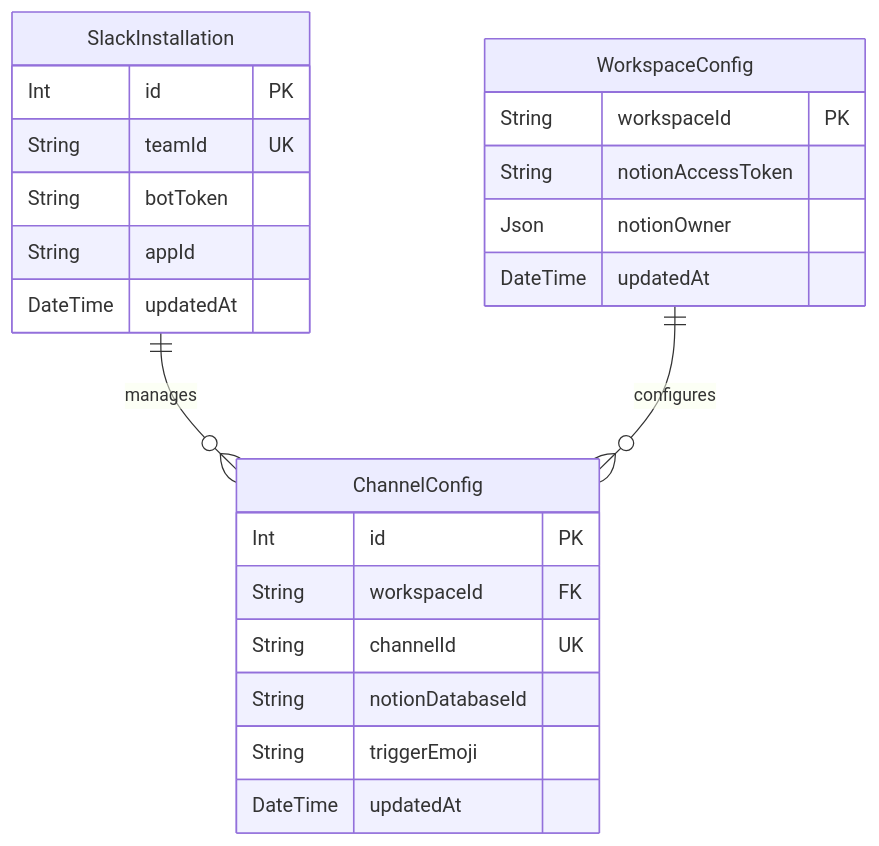
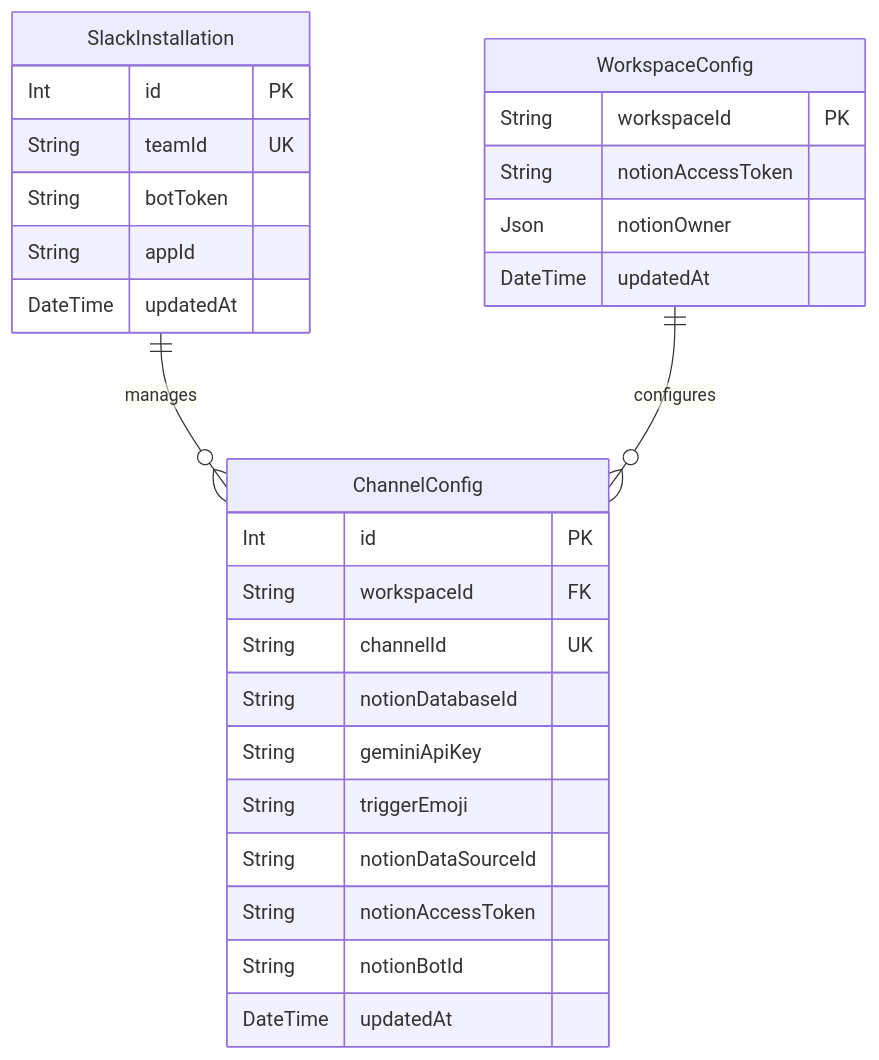
The fourth of 4 diagrams in ARCHITECTURE.md (Syogo-Suganoya/slackADR), drawn with Mermaid before and after one commit. The commit also changed other lines of this file and 2 other files, not shown here.

````diff
--- a/ARCHITECTURE.md
+++ b/ARCHITECTURE.md
@@ -111,29 +111,33 @@
 ```mermaid
 erDiagram
     SlackInstallation ||--o{ ChannelConfig : "manages"
     WorkspaceConfig ||--o{ ChannelConfig : "configures"
 
     SlackInstallation {
         Int id PK
         String teamId UK
         String botToken
         String appId
         DateTime updatedAt
     }
 
     WorkspaceConfig {
         String workspaceId PK
         String notionAccessToken
         Json notionOwner
         DateTime updatedAt
     }
 
     ChannelConfig {
         Int id PK
         String workspaceId FK
         String channelId UK
         String notionDatabaseId
+        String geminiApiKey
         String triggerEmoji
+        String notionDataSourceId
+        String notionAccessToken
+        String notionBotId
         DateTime updatedAt
     }
 ```
````
